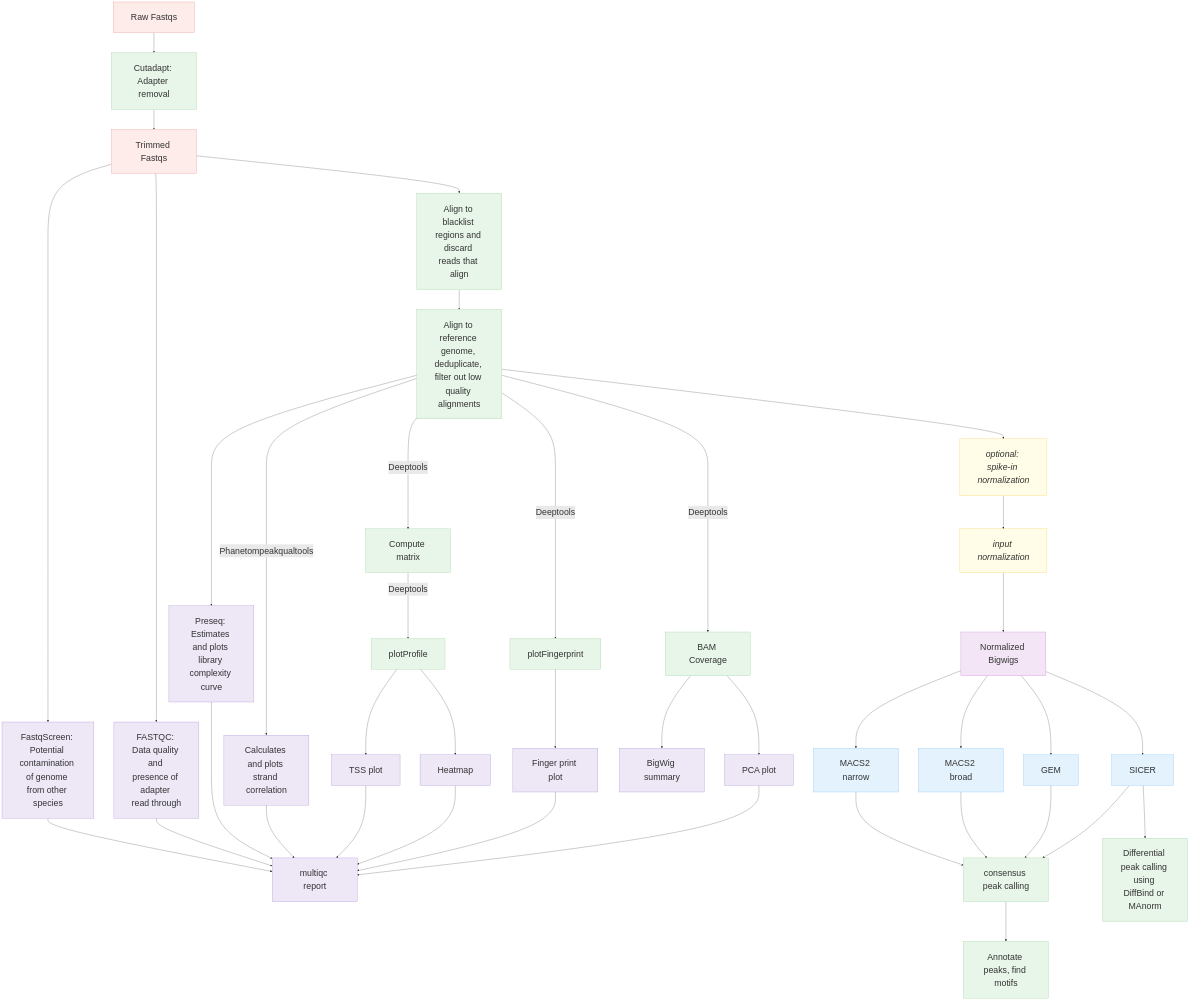
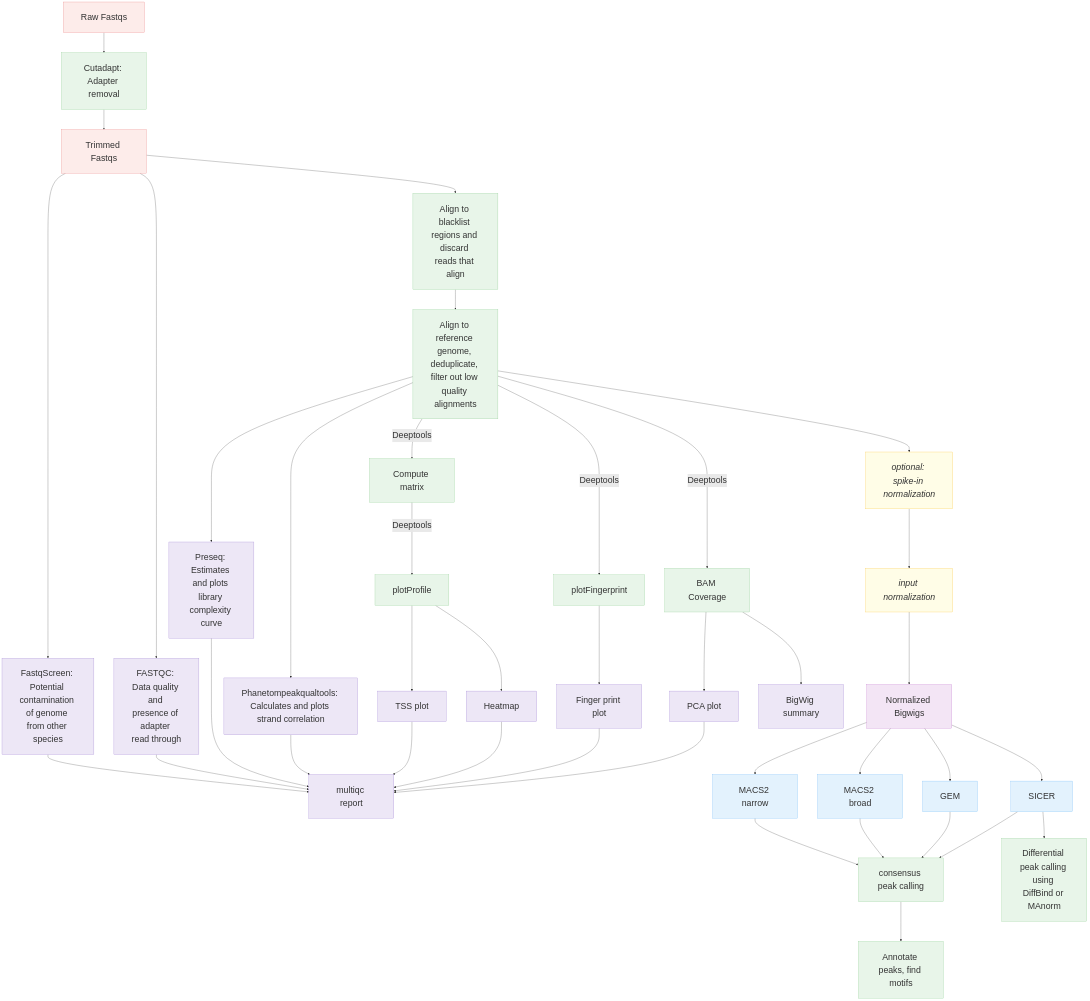
Before and after one commit to CCBR/CHAMPAGNE: the first of 2 diagrams in docs/diagram/index.md, drawn with Mermaid.

Commit message:
Another update.

```diff
--- a/docs/diagram/index.md
+++ b/docs/diagram/index.md
@@ -20,8 +20,7 @@
   Trimming --> Trimmed["Trimmed Fastqs"]:::input
    
   %% Quality Control
-  %%Trimmed --> QC["Quality check"]:::process
-  MultiQC["multiqc report"]:::output
+   MultiQC["multiqc report"]:::output
   Trimmed --> Contaminants["FastqScreen: Potential contamination of genome from other species"]:::output
   Contaminants --> MultiQC
   Trimmed --> QC_results["FASTQC: Data quality and presence of adapter read through"]:::output
@@ -32,11 +31,11 @@
 
   %% Preseq and alignment
   Blacklist --> Align["Align to reference genome, deduplicate, filter out low quality alignments"]:::process
-  Align ----> Cc["Preseq: Estimates and plots library complexity curve"]:::output
+  Align --> Cc["Preseq: Estimates and plots library complexity curve"]:::output
   Cc ---> MultiQC
 
   %% Phantompeakqualtools and alignment
-  Align --> |Phanetompeakqualtools| Scc["Calculates and plots strand correlation"]:::output
+  Align --> Scc["Phanetompeakqualtools: Calculates and plots strand correlation"]:::output
   Scc --> MultiQC
 
   %% Spike-in normalization (optional)
```
